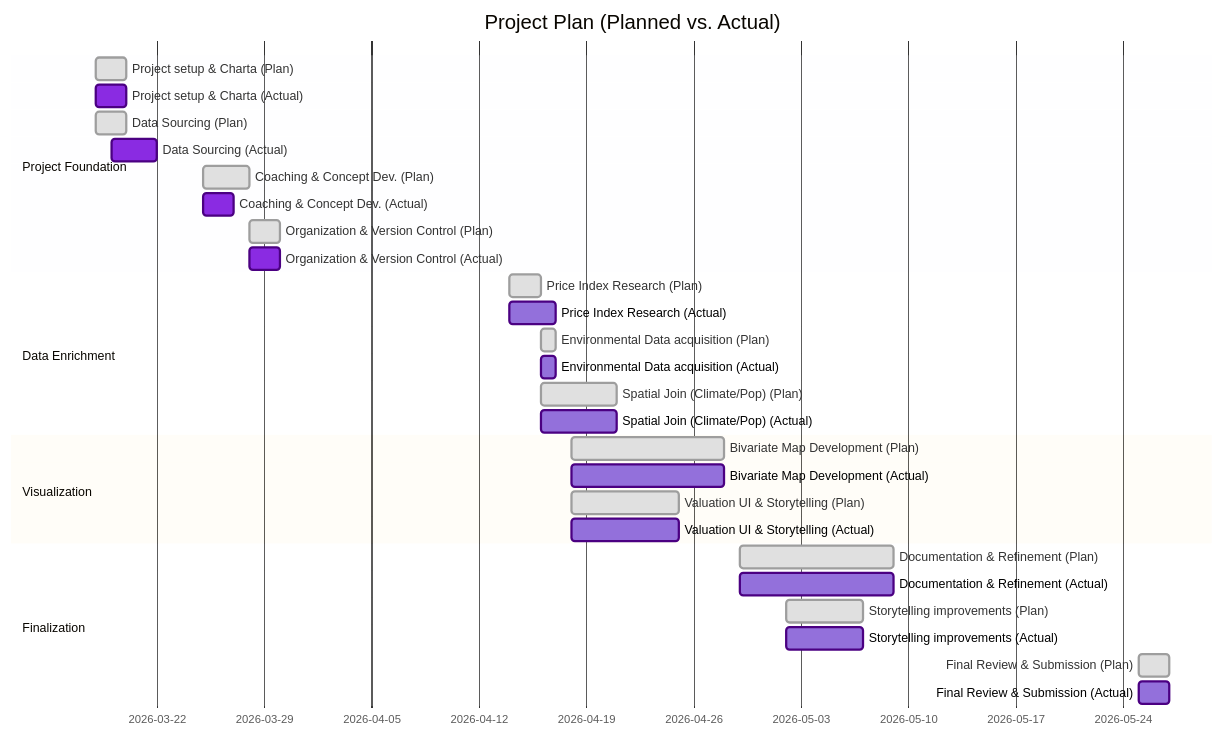
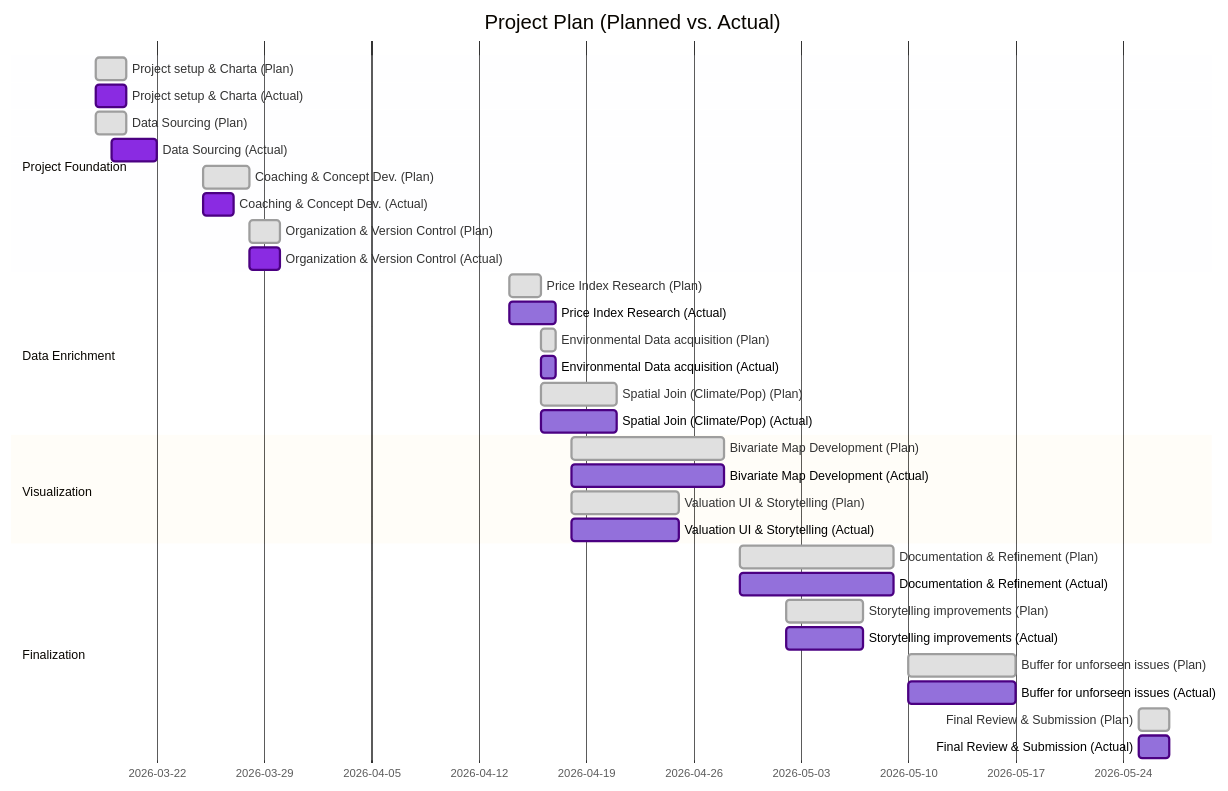
The diagram in docs/project_charta.qmd (podsv-fs26-ad24/ad24-4-fancyproject), drawn with Mermaid before and after one commit.

Commit message:
plan a buffer in case of issues

````diff
--- a/docs/project_charta.qmd
+++ b/docs/project_charta.qmd
@@ -146,61 +146,64 @@
 ```{mermaid}
 %%| label: fig-project-plan
 %%| fig-cap: Planned vs Actual project plan in the form of a Gantt chart.
 %%{init: {
   "theme": "base",
   "themeVariables": {
     "taskBkgColor": "#E0E0E0",
     "taskBorderColor": "#9E9E9E",
     "taskTextDarkColor": "#000000",
     "doneTaskBkgColor": "#8A2BE2",
     "doneTaskBorderColor": "#4B0082",
     "activeTaskBkgColor": "#9370DB",
     "activeTaskBorderColor": "#4B0082",
     "activeTaskTextDarkColor": "#FFFFFF",
     "doneTaskTextDarkColor": "#FFFFFF"
   }
 }}%%
 gantt
     title Project Plan (Planned vs. Actual)
     dateFormat YYYY-MM-DD
     
     section Project Foundation
     Project setup & Charta (Plan)                 :plan_a1, 2026-03-18, 2d
     Project setup & Charta (Actual)               :done, act_a1, 2026-03-18, 2d
     
     Data Sourcing (Plan)                          :plan_a2, 2026-03-18, 2d
     Data Sourcing (Actual)                        :done, act_a2, 2026-03-19, 3d
     
     Coaching & Concept Dev. (Plan)                :plan_a3, 2026-03-25, 3d
     Coaching & Concept Dev. (Actual)              :done, act_a3, 2026-03-25, 2d
     
     Organization & Version Control (Plan)         :plan_a4, 2026-03-28, 2d
     Organization & Version Control (Actual)       :done, act_a4, 2026-03-28, 2d
 
     section Data Enrichment
     Price Index Research (Plan)                   :plan_a5, 2026-04-14, 2d
     Price Index Research (Actual)                 :active, act_a5, 2026-04-14, 3d
     
     Environmental Data acquisition (Plan)         :plan_a6, 2026-04-16, 1d
     Environmental Data acquisition (Actual)       :active, act_a6, 2026-04-16, 1d
     
     Spatial Join (Climate/Pop) (Plan)             :plan_a7, 2026-04-16, 5d
     Spatial Join (Climate/Pop) (Actual)           :active, act_a7, 2026-04-16, 5d
 
     section Visualization
     Bivariate Map Development (Plan)              :plan_a8, 2026-04-18, 10d
     Bivariate Map Development (Actual)            :active, act_a8, 2026-04-18, 10d
     
     Valuation UI & Storytelling (Plan)            :plan_a9, 2026-04-18, 7d
     Valuation UI & Storytelling (Actual)          :active, act_a9, 2026-04-18, 7d
 
     section Finalization
     Documentation & Refinement (Plan)             :plan_a10, 2026-04-29, 10d
     Documentation & Refinement (Actual)           :active, act_a10, 2026-04-29, 10d
     
     Storytelling improvements (Plan)              :plan_a11, 2026-05-02, 5d
     Storytelling improvements (Actual)            :active, act_a11, 2026-05-02, 5d
+
+    Buffer for unforseen issues (Plan)              :plan_a11, 2026-05-10, 7d
+    Buffer for unforseen issues (Actual)            :active, act_a11, 2026-05-10, 7d
     
     Final Review & Submission (Plan)              :plan_a12, 2026-05-25, 2d
     Final Review & Submission (Actual)            :active, act_a12, 2026-05-25, 2d
 ```
````
